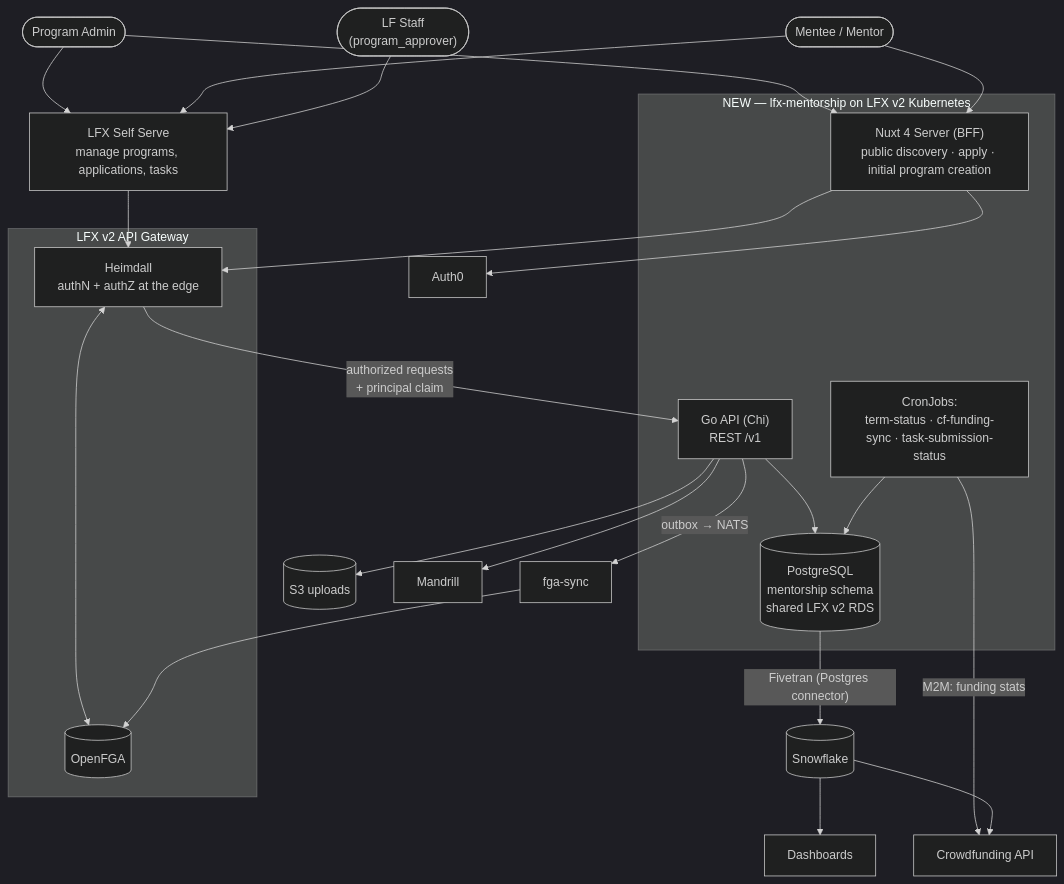
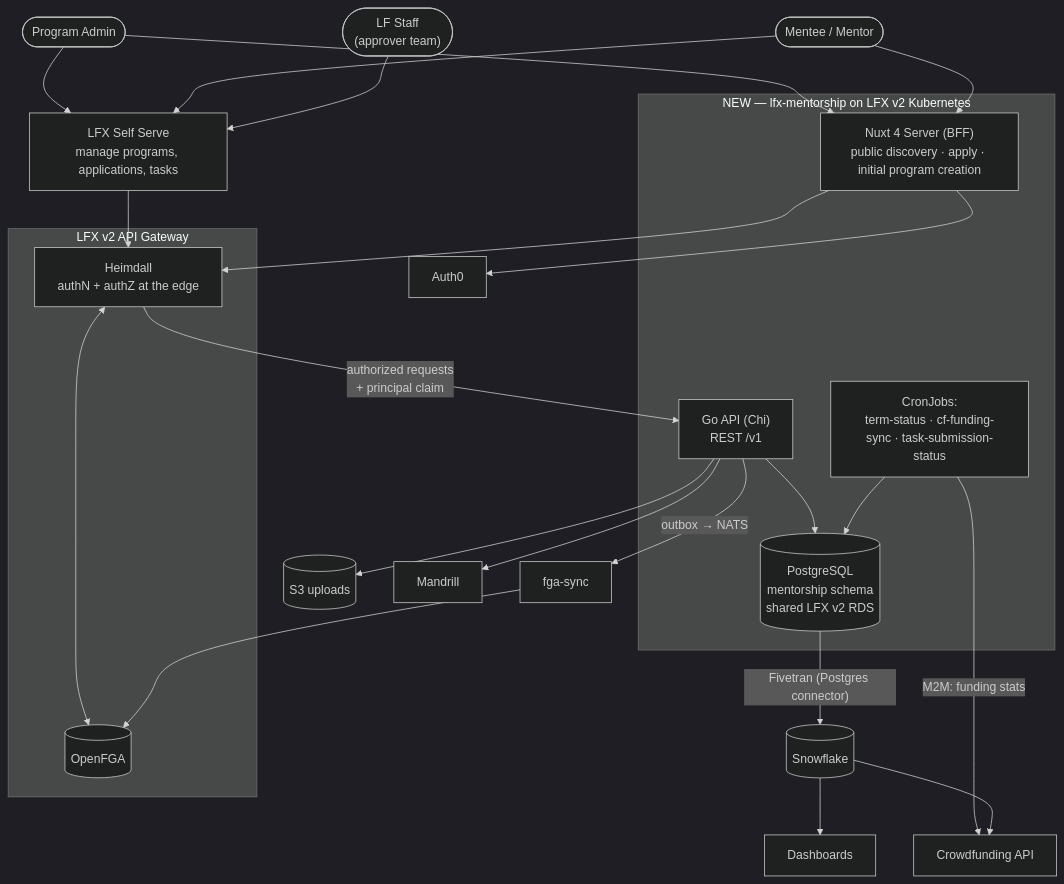
The first of 2 diagrams in docs/rewrite/02-target-architecture.md (linuxfoundation/lfx-mentorship), drawn with Mermaid (dark theme) before and after one commit. The commit also changed other lines of this file and 2 other files, not shown here.

````diff
--- a/docs/rewrite/02-target-architecture.md
+++ b/docs/rewrite/02-target-architecture.md
@@ -22,45 +22,45 @@
 ```mermaid
 flowchart TB
     ADMIN(["Program Admin"])
     USERS(["Mentee / Mentor"])
-    SUPER(["LF Staff<br/>(program_approver)"])
+    SUPER(["LF Staff<br/>(approver team)"])
 
     subgraph GW["LFX v2 API Gateway"]
         HEIMDALL["Heimdall<br/>authN + authZ at the edge"]
         FGA[("OpenFGA")]
     end
 
     subgraph K8S["NEW — lfx-mentorship on LFX v2 Kubernetes"]
         NUXT["Nuxt 4 Server (BFF)<br/>public discovery · apply · initial program creation"]
         API["Go API (Chi)<br/>REST /v1"]
         PG[("PostgreSQL<br/>mentorship schema<br/>shared LFX v2 RDS")]
         CRONS["CronJobs:<br/>term-status · cf-funding-sync · task-submission-status"]
     end
 
     SS["LFX Self Serve<br/>manage programs, applications, tasks"]
     SYNC["fga-sync"]
     AUTH0["Auth0"]
     S3[("S3 uploads")]
     MANDRILL["Mandrill"]
     CFAPI["Crowdfunding API"]
     SF[("Snowflake")]
     DASH["Dashboards"]
 
     ADMIN & USERS --> NUXT
     ADMIN & USERS & SUPER --> SS
     NUXT --> HEIMDALL
     SS --> HEIMDALL
     HEIMDALL <--> FGA
     HEIMDALL -- "authorized requests<br/>+ principal claim" --> API
     NUXT --> AUTH0
     API --> PG
     API --> S3
     API --> MANDRILL
     API -- "outbox → NATS" --> SYNC
     SYNC --> FGA
     CRONS --> PG
     CRONS -- "M2M: funding stats" --> CFAPI
     PG -- "Fivetran (Postgres connector)" --> SF
     SF --> DASH
     SF --> CFAPI
 ```
````
